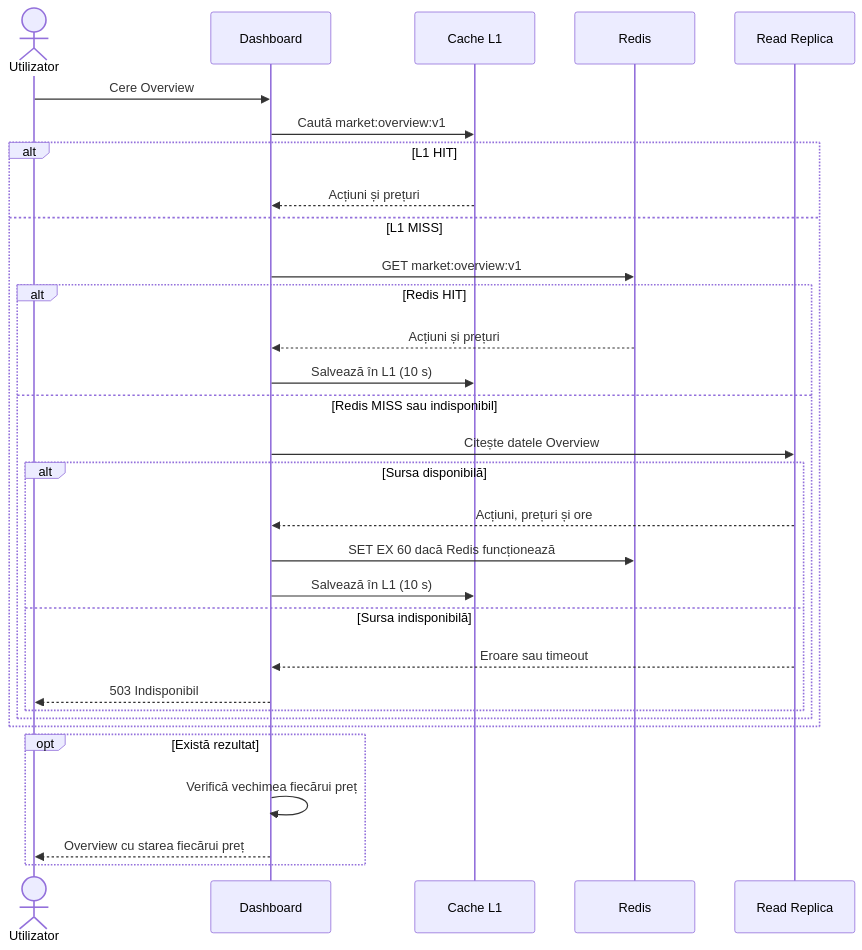
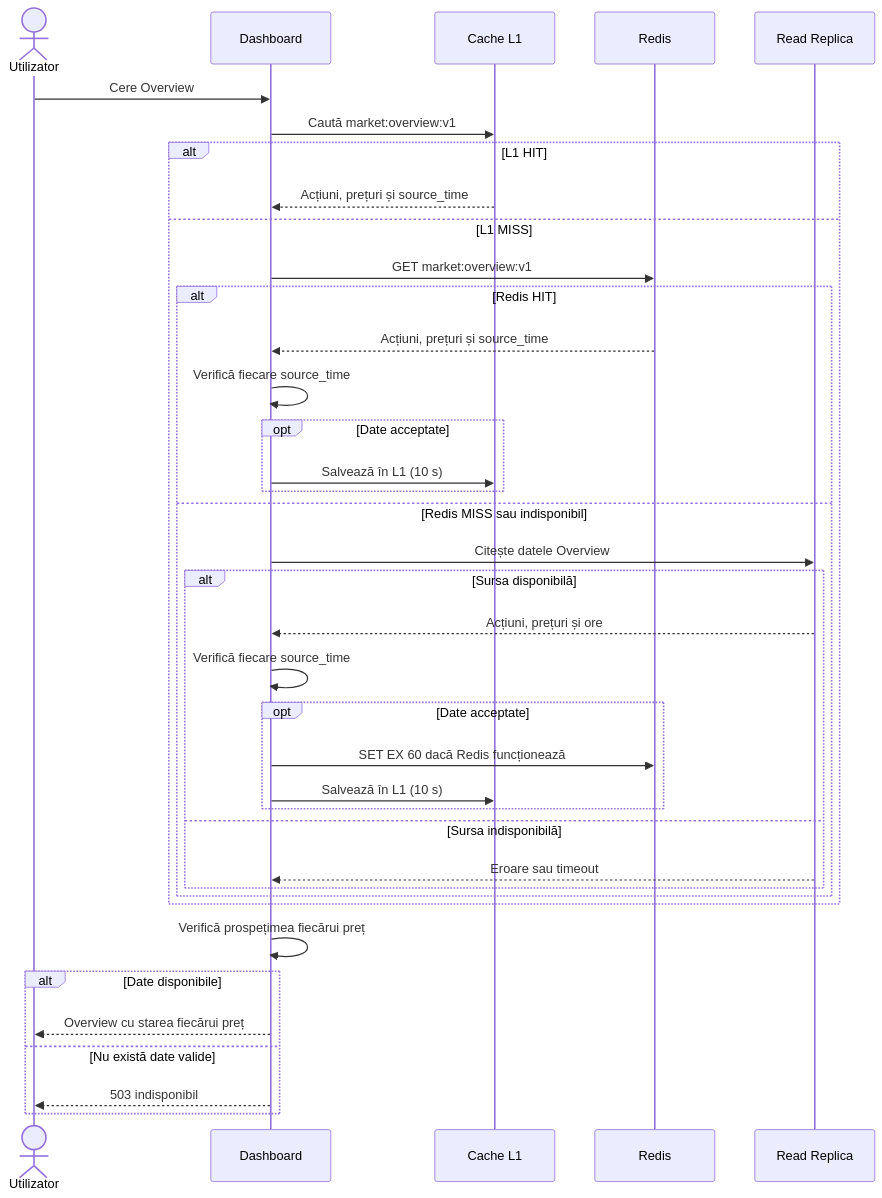
Before and after one commit to sainciucbeatricie/psi-labs: the third of 3 diagrams in lab4.md, drawn with Mermaid. The commit also changed other lines of this file, not shown here.

First line of the commit message:
Refine cache handling and data validation in lab4.md

````diff
--- a/lab4.md
+++ b/lab4.md
@@ -187,36 +196,43 @@
 ```mermaid
 sequenceDiagram
     actor U as Utilizator
     participant D as Dashboard
-    participant L as Cache L1
+    participant L1 as Cache L1
     participant R as Redis
     participant DB as Read Replica
 
     U->>D: Cere Overview
-    D->>L: Caută market:overview:v1
+    D->>L1: Caută market:overview:v1
 
     alt L1 HIT
-        L-->>D: Acțiuni și prețuri
+        L1-->>D: Acțiuni, prețuri și source_time
     else L1 MISS
         D->>R: GET market:overview:v1
         alt Redis HIT
-            R-->>D: Acțiuni și prețuri
-            D->>L: Salvează în L1 (10 s)
+            R-->>D: Acțiuni, prețuri și source_time
+            D->>D: Verifică fiecare source_time
+            opt Date acceptate
+                D->>L1: Salvează în L1 (10 s)
+            end
         else Redis MISS sau indisponibil
             D->>DB: Citește datele Overview
             alt Sursa disponibilă
                 DB-->>D: Acțiuni, prețuri și ore
-                D->>R: SET EX 60 dacă Redis funcționează
-                D->>L: Salvează în L1 (10 s)
+                D->>D: Verifică fiecare source_time
+                opt Date acceptate
+                    D->>R: SET EX 60 dacă Redis funcționează
+                    D->>L1: Salvează în L1 (10 s)
+                end
             else Sursa indisponibilă
                 DB-->>D: Eroare sau timeout
-                D-->>U: 503 Indisponibil
             end
         end
     end
 
-    opt Există rezultat
-        D->>D: Verifică vechimea fiecărui preț
+    D->>D: Verifică prospețimea fiecărui preț
+    alt Date disponibile
         D-->>U: Overview cu starea fiecărui preț
+    else Nu există date valide
+        D-->>U: 503 indisponibil
     end
 ```
````
